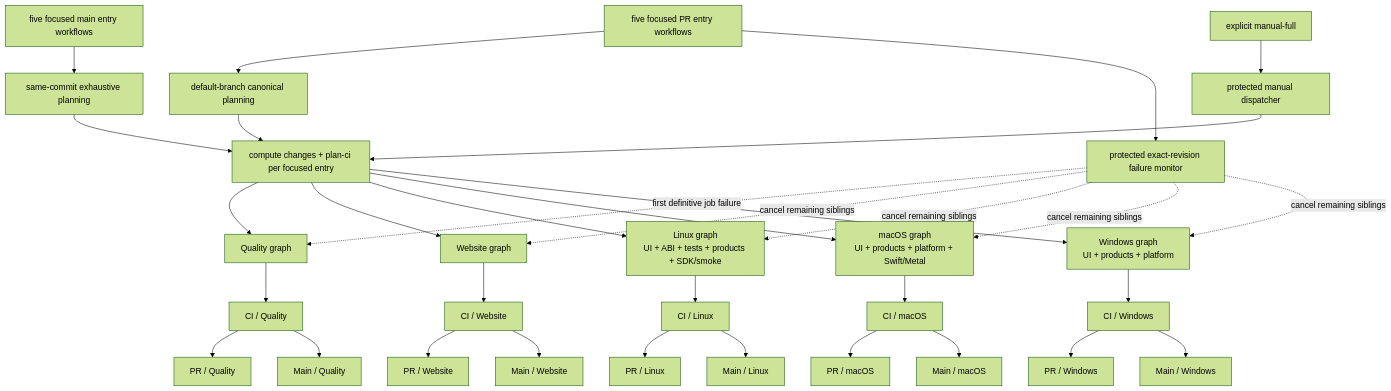
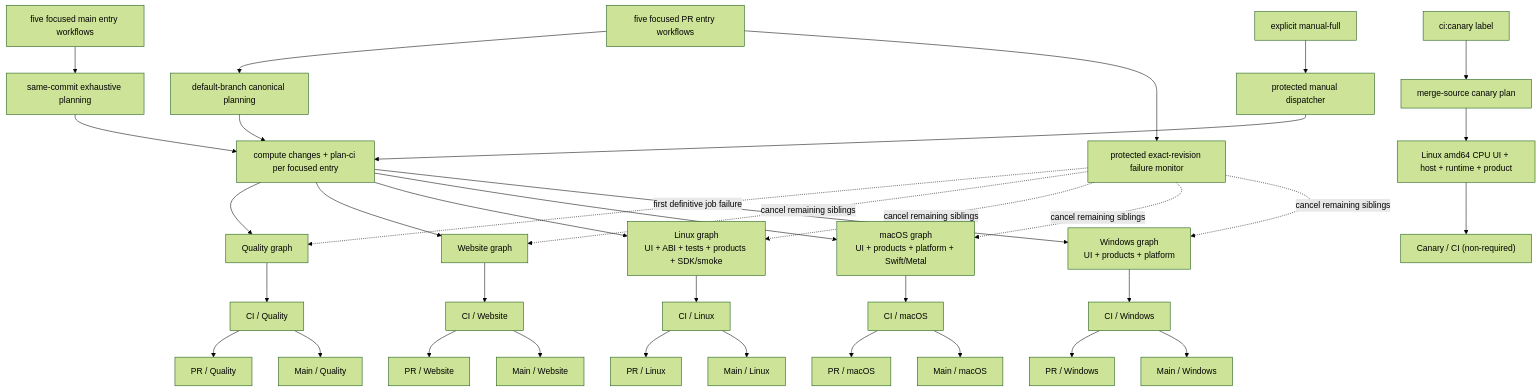
The second of 2 diagrams in ci/ci.md (Mesh-LLM/mesh-llm), drawn with Mermaid (forest theme) before and after one commit. The commit also changed other lines of this file and 15 other files, not shown here.

````diff
--- a/ci/ci.md
+++ b/ci/ci.md
@@ -404,35 +438,38 @@
 ```mermaid
 flowchart TD
     PR["five focused PR entry workflows"] --> PRPLAN["default-branch canonical planning"]
     MAIN["five focused main entry workflows"] --> MAINPLAN["same-commit exhaustive planning"]
     MANUAL["explicit manual-full"] --> CONTROL["protected manual dispatcher"]
     PRPLAN --> PLAN["compute changes + plan-ci per focused entry"]
     PR --> MONITOR["protected exact-revision failure monitor"]
     MAINPLAN --> PLAN
     CONTROL --> PLAN
     PLAN --> QUALITY["Quality graph"]
     PLAN --> WEB["Website graph"]
     PLAN --> LINUX["Linux graph\nUI + ABI + tests + products + SDK/smoke"]
     PLAN --> MAC["macOS graph\nUI + products + platform + Swift/Metal"]
     PLAN --> WIN["Windows graph\nUI + products + platform"]
     QUALITY --> QC["CI / Quality"]
     WEB --> WC["CI / Website"]
     LINUX --> LC["CI / Linux"]
     MAC --> MC["CI / macOS"]
     WIN --> XC["CI / Windows"]
     QC --> GATE["PR / Quality"]
     WC --> WEBGATE["PR / Website"]
     LC --> LINUXGATE["PR / Linux"]
     MC --> MACGATE["PR / macOS"]
     XC --> WINGATE["PR / Windows"]
     MONITOR -. "first definitive job failure" .-> QUALITY
     MONITOR -. "cancel remaining siblings" .-> WEB
     MONITOR -. "cancel remaining siblings" .-> LINUX
     MONITOR -. "cancel remaining siblings" .-> MAC
     MONITOR -. "cancel remaining siblings" .-> WIN
+    CANARY_LABEL["ci:canary label"] --> CANARY_PLAN["merge-source canary plan"]
+    CANARY_PLAN --> CANARY_GRAPH["Linux amd64 CPU UI + host + runtime + product"]
+    CANARY_GRAPH --> CANARY_RESULT["Canary / CI (non-required)"]
     QC --> MQ["Main / Quality"]
     WC --> MW["Main / Website"]
     LC --> ML["Main / Linux"]
     MC --> MM["Main / macOS"]
     XC --> MX["Main / Windows"]
 ```
````
